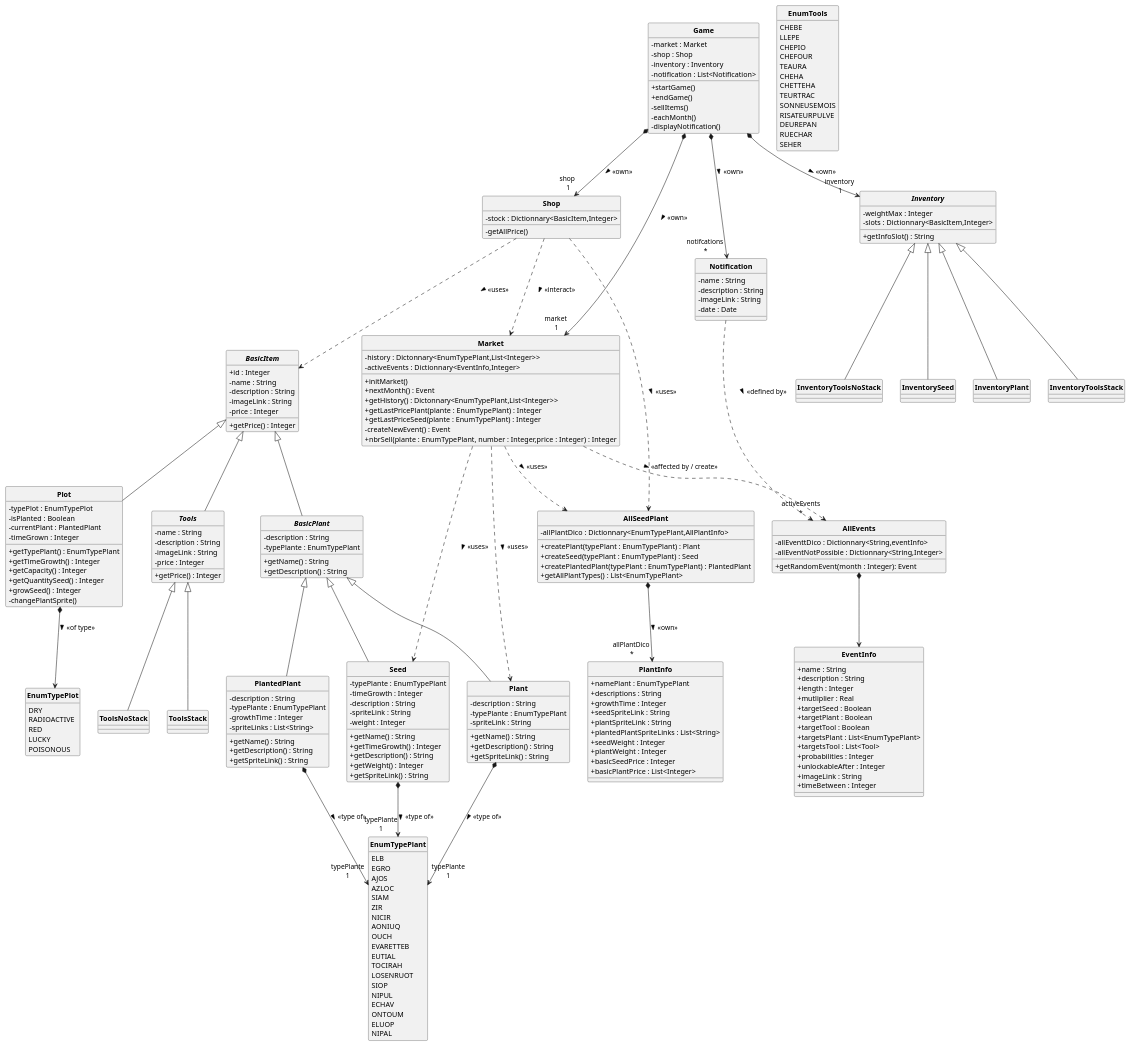
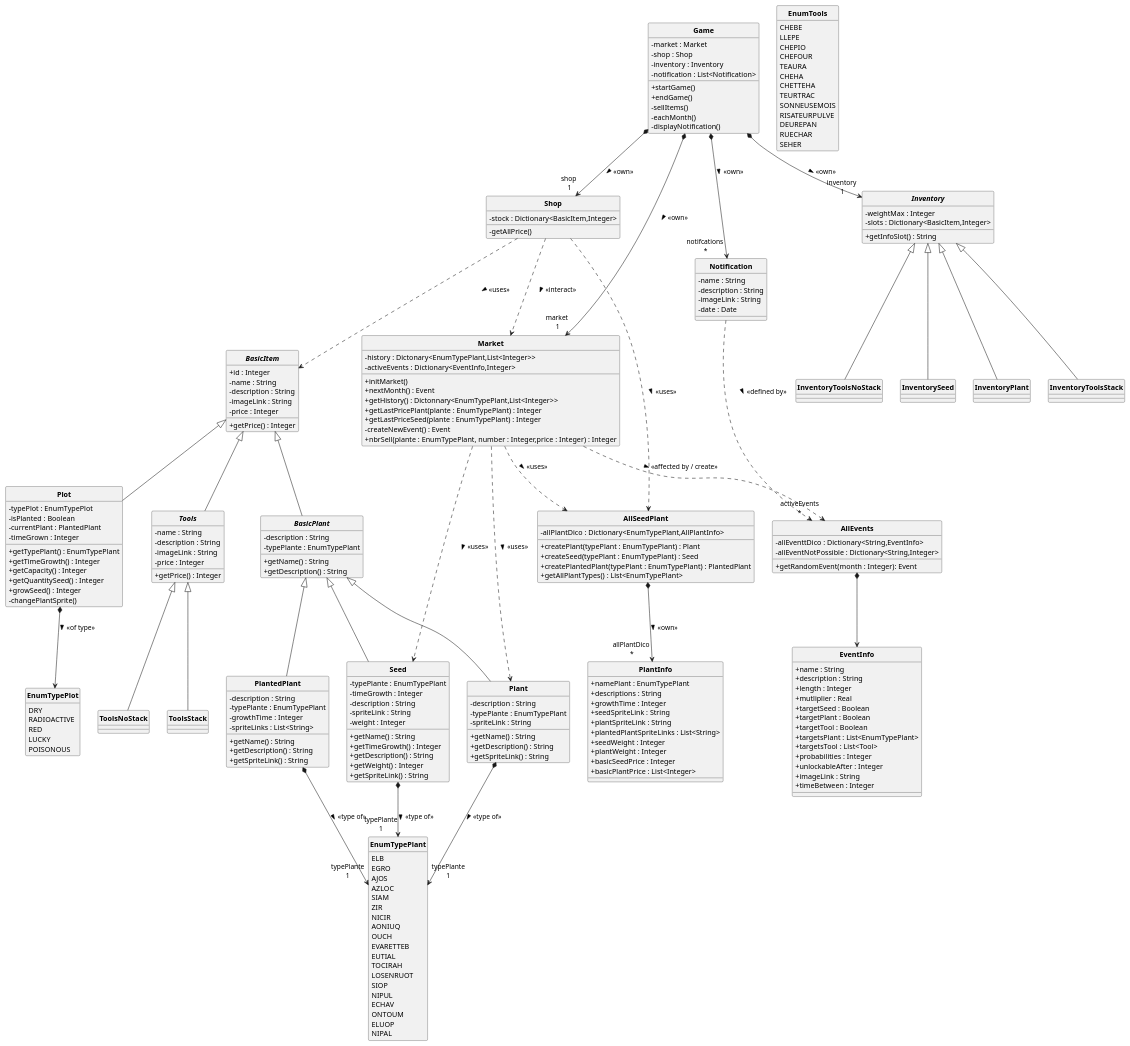
The diagram in Mars_classe.puml (SharkyFlou/mars-griculteur), drawn with PlantUML before and after one commit.

Commit message:
Fautes de syntaxe corrigées

```diff
--- a/Mars_classe.puml
+++ b/Mars_classe.puml
@@ -18,7 +18,7 @@
 }
 
 class Shop{
-    - stock : Dictionnary<BasicItem,Integer>
+    - stock : Dictionary<BasicItem,Integer>
     - getAllPrice()
 }
 
@@ -45,7 +45,7 @@
 
 abstract Inventory{
     - weightMax : Integer
-    - slots : Dictionnary<BasicItem,Integer>
+    - slots : Dictionary<BasicItem,Integer>
     + getInfoSlot() : String
 }
 
@@ -137,7 +137,7 @@
 }
 
 class AllSeedPlant{
-    - allPlantDico : Dictionnary<EnumTypePlant,AllPlantInfo>
+    - allPlantDico : Dictionary<EnumTypePlant,AllPlantInfo>
     + createPlant(typePlant : EnumTypePlant) : Plant
     + createSeed(typePlant : EnumTypePlant) : Seed
     + createPlantedPlant(typePlant : EnumTypePlant) : PlantedPlant
@@ -199,8 +199,8 @@
 }
 
 class Market{
-    - history : Dictonnary<EnumTypePlant,List<Integer>>
-    - activeEvents : Dictionnary<EventInfo,Integer>
+    - history : Dictonary<EnumTypePlant,List<Integer>>
+    - activeEvents : Dictionary<EventInfo,Integer>
 
     'Est executé au lancement de l'appli, recup l'historique des prix et des events
     + initMarket()
@@ -214,8 +214,8 @@
 
 
 class AllEvents {
-    - allEventtDico : Dictionnary<String,eventInfo>
-    - allEventNotPossible : Dictionnary<String,Integer>
+    - allEventtDico : Dictionary<String,EventInfo>
+    - allEventNotPossible : Dictionary<String,Integer>
     + getRandomEvent(month : Integer): Event
 }
 
```
